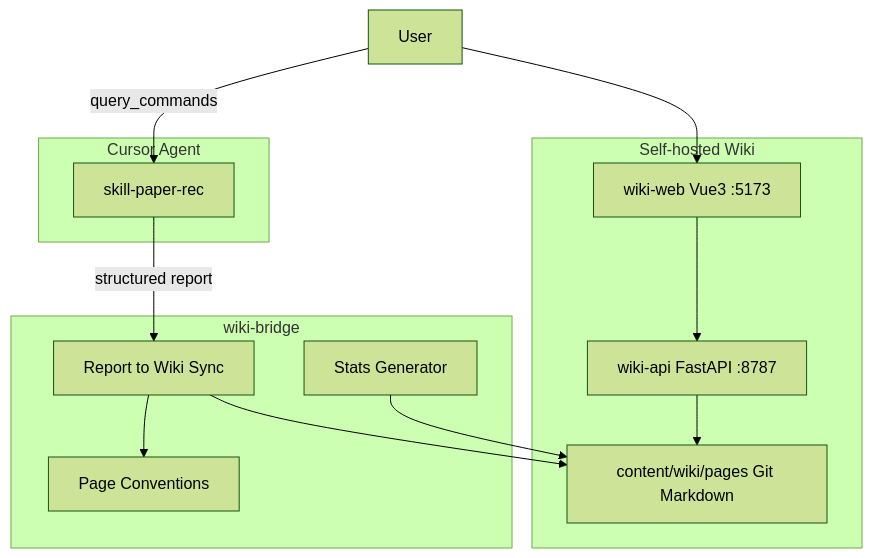
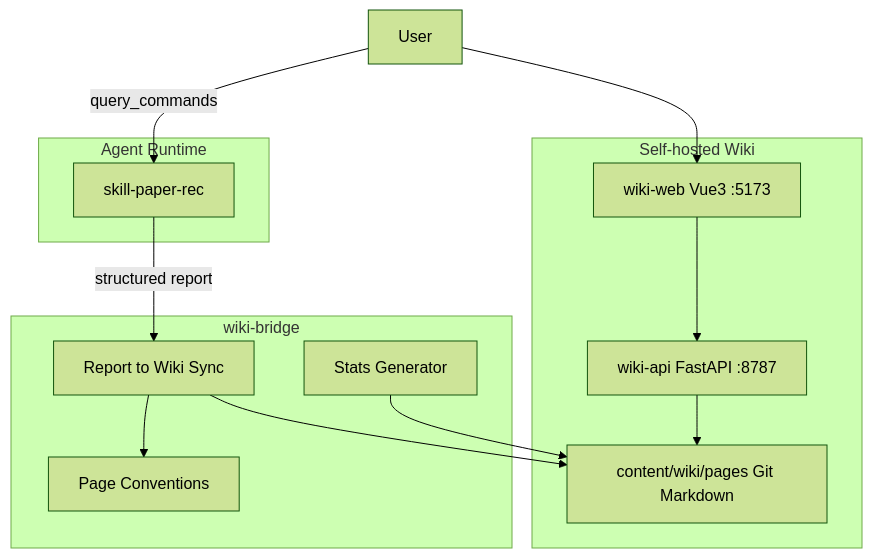
One commit to QinHsiu/Paper_Rec_Skill changed the diagram in docs/ARCHITECTURE.md. Above: the diagram before and after it, drawn with Mermaid (forest theme). The commit also changed other lines of this file and 7 other files, not shown here.

````diff
--- a/docs/ARCHITECTURE.md
+++ b/docs/ARCHITECTURE.md
@@ -5,24 +5,24 @@
 ```mermaid
 flowchart TB
-  subgraph agent [Cursor Agent]
+  subgraph agent [Agent Runtime]
     Skill[skill-paper-rec]
   end
   subgraph bridge [wiki-bridge]
     Conv[Page Conventions]
     Sync[Report to Wiki Sync]
     Stats[Stats Generator]
   end
   subgraph wiki [Self-hosted Wiki]
     API[wiki-api FastAPI :8787]
     Web[wiki-web Vue3 :5173]
     MD[content/wiki/pages Git Markdown]
   end
   User -->|query_commands| Skill
   Skill -->|structured report| Sync
   Sync --> Conv
   Sync --> MD
   Stats --> MD
   User --> Web
   Web --> API
   API --> MD
 ```
````
